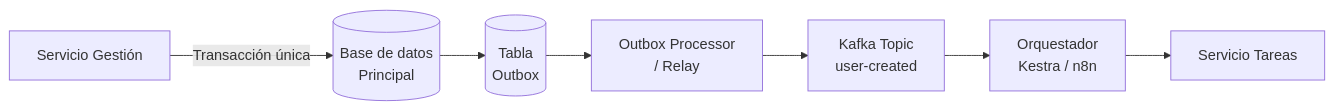
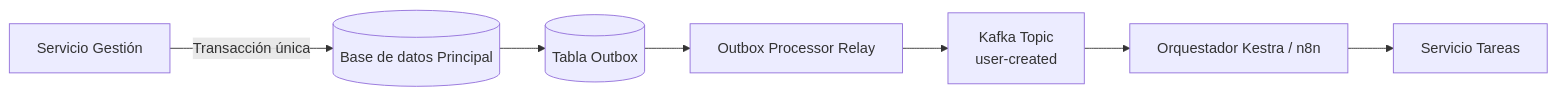
One commit to JonatanArroyoWork/jam-studio changed the first of 3 diagrams in src/content/blog/02_El_Patrón_Outbox.md. Above: the diagram before and after it, drawn with Mermaid.

````diff
--- a/src/content/blog/02_El_Patrón_Outbox.md
+++ b/src/content/blog/02_El_Patrón_Outbox.md
@@ -40,9 +40,9 @@
 ```mermaid
 flowchart LR
-    A[Servicio Gestión] -->|Transacción única| B[(Base de datos\nPrincipal)]
-    B --> C[(Tabla\nOutbox)]
-    C --> D[Outbox Processor\n / Relay]
+    A[Servicio Gestión] -->|Transacción única| B[(Base de datos Principal)]
+    B --> C[(Tabla Outbox)]
+    C --> D[Outbox Processor  Relay]
     D --> E[Kafka Topic\nuser-created]
-    E --> F[Orquestador\nKestra / n8n]
+    E --> F[Orquestador Kestra / n8n]
     F --> G[Servicio Tareas]
 ```
````
